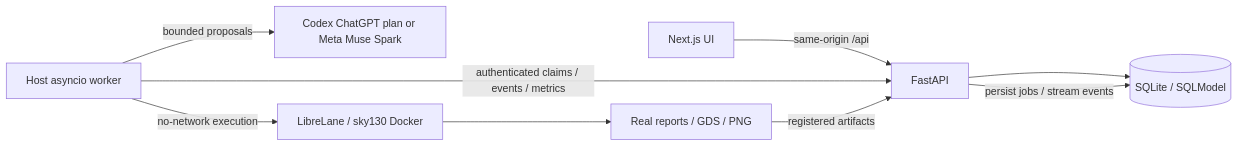
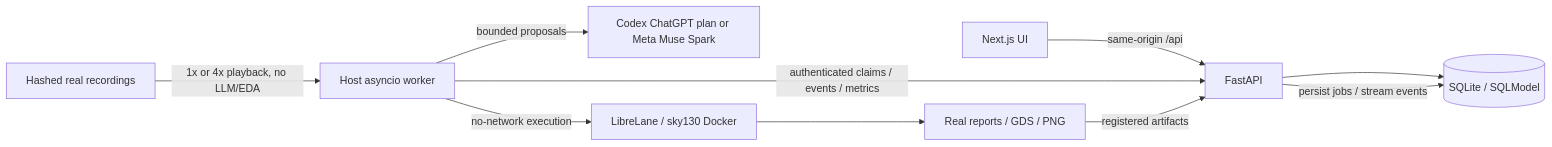
One commit to Jamot32/Silcon-Agent changed the diagram in docs/ARCHITECTURE.md. Above: the diagram before and after it, drawn with Mermaid. The commit also changed other lines of this file and 146 other files, not shown here.

````diff
--- a/docs/ARCHITECTURE.md
+++ b/docs/ARCHITECTURE.md
@@ -3,11 +3,12 @@
 ```mermaid
 flowchart LR
     Browser[Next.js UI] -->|same-origin /api| API[FastAPI]
     API --> DB[(SQLite / SQLModel)]
     API -->|persist jobs / stream events| DB
     Worker[Host asyncio worker] -->|authenticated claims / events / metrics| API
     Worker -->|bounded proposals| LLM[Codex ChatGPT plan or Meta Muse Spark]
     Worker -->|no-network execution| EDA[LibreLane / sky130 Docker]
+    Recording[Hashed real recordings] -->|1x or 4x playback, no LLM/EDA| Worker
     EDA --> Files[Real reports / GDS / PNG]
     Files -->|registered artifacts| API
 ```
````
